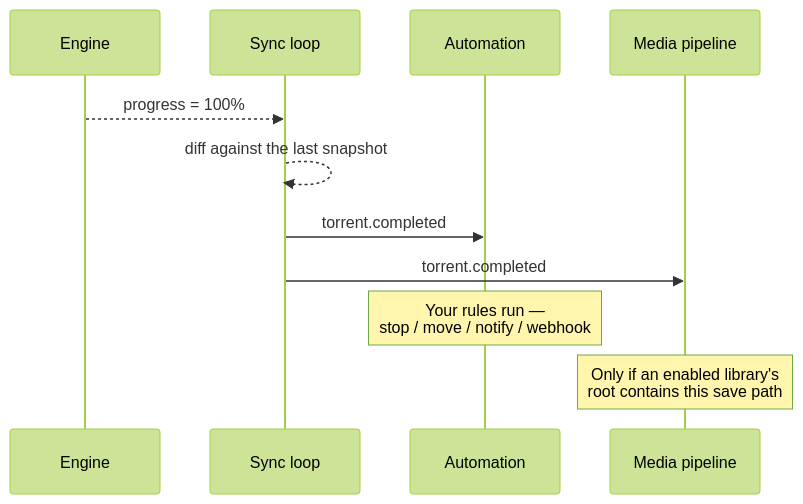
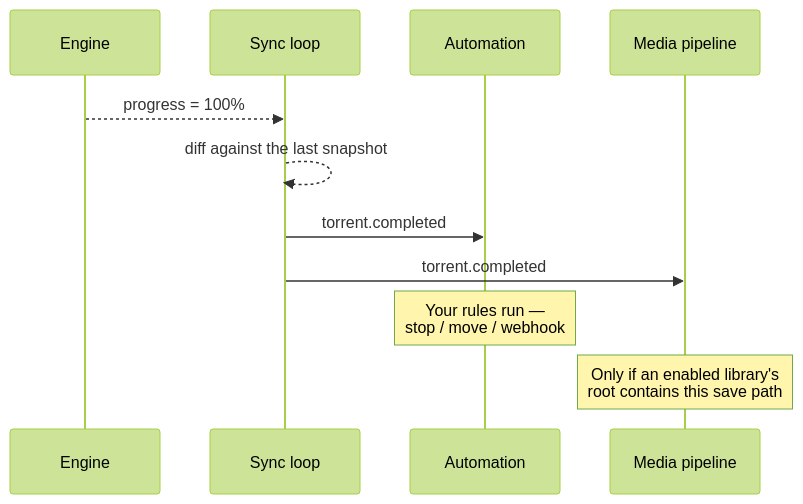
The second of 2 diagrams in website/docs/learn/first-download.md (damirabal/ultratorrent-core), drawn with Mermaid (forest theme) before and after one commit. The commit also changed other lines of this file and 63 other files, not shown here.

````diff
--- a/website/docs/learn/first-download.md
+++ b/website/docs/learn/first-download.md
@@ -296,13 +296,13 @@
 ```mermaid
 sequenceDiagram
   participant E as Engine
   participant S as Sync loop
   participant A as Automation
   participant M as Media pipeline
   E-->>S: progress = 100%
   S-->>S: diff against the last snapshot
   S->>A: torrent.completed
   S->>M: torrent.completed
-  Note over A: Your rules run —<br/>stop / move / notify / webhook
+  Note over A: Your rules run —<br/>stop / move / webhook
   Note over M: Only if an enabled library's<br/>root contains this save path
 ```
````
